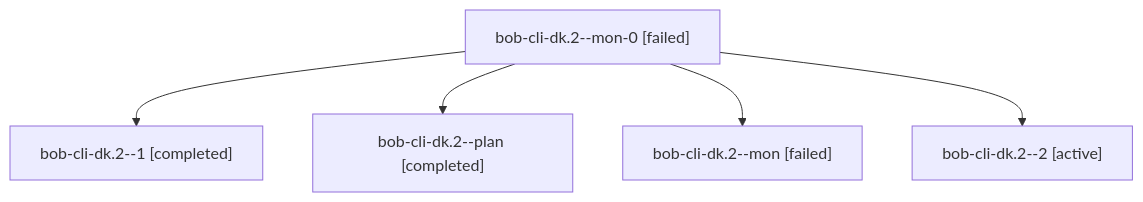
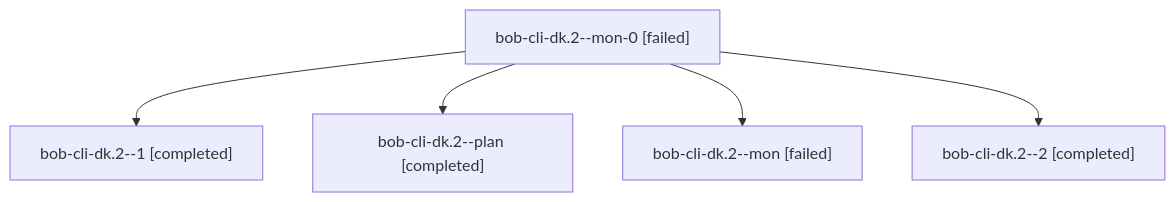
The diagram in sessions/bbugyi200.athena.bob-cli-dk.2.md (bobs-org/bob-cli--agents), drawn with Mermaid before and after one commit. The commit also changed other lines of this file and 25 other files, not shown here.

````diff
--- a/sessions/bbugyi200.athena.bob-cli-dk.2.md
+++ b/sessions/bbugyi200.athena.bob-cli-dk.2.md
@@ -9,12 +9,12 @@
 ```mermaid
 flowchart TD
   n0["bob-cli-dk.2--mon-0 [failed]"]
   n1["bob-cli-dk.2--1 [completed]"]
   n0 --> n1
   n2["bob-cli-dk.2--plan [completed]"]
   n0 --> n2
   n3["bob-cli-dk.2--mon [failed]"]
   n0 --> n3
-  n4["bob-cli-dk.2--2 [active]"]
+  n4["bob-cli-dk.2--2 [completed]"]
   n0 --> n4
 ```
````
